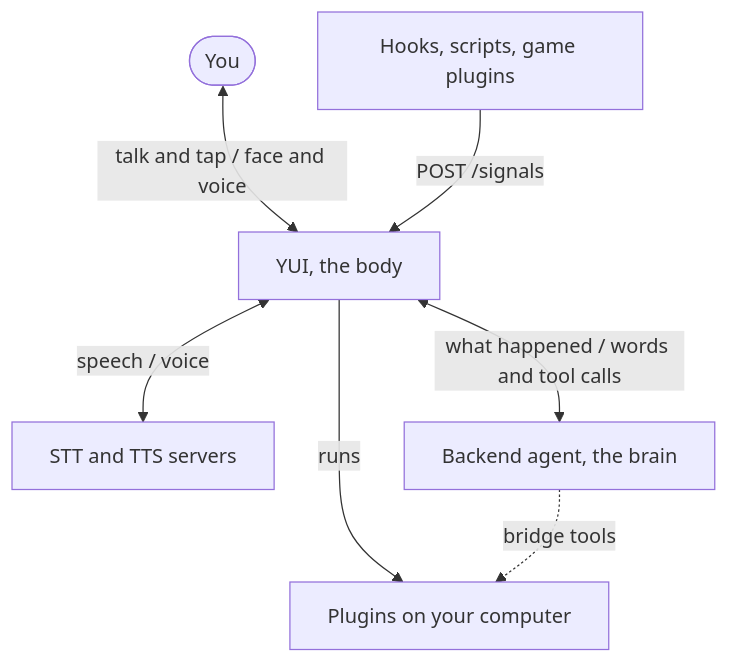
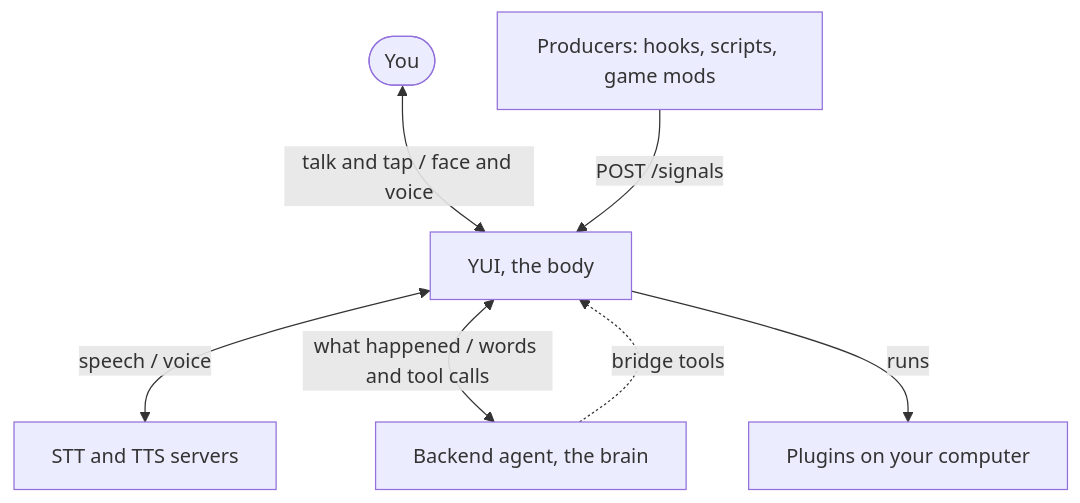
Before and after one commit to yw0nam/YUI: the first of 2 diagrams in docs/guide/how-it-works.md, drawn with Mermaid.

Commit message:
docs: How YUI works names producers, and bridge tools reach the plugins through YUI

````diff
--- a/docs/guide/how-it-works.md
+++ b/docs/guide/how-it-works.md
@@ -5,16 +5,16 @@
 ```mermaid
 flowchart TB
   you(["You"])
-  senders["Hooks, scripts, game plugins"]
+  producers["Producers: hooks, scripts, game mods"]
   yui["YUI, the body"]
   voice["STT and TTS servers"]
   brain["Backend agent, the brain"]
   plugins["Plugins on your computer"]
 
   you <-->|"talk and tap / face and voice"| yui
-  senders -->|"POST /signals"| yui
+  producers -->|"POST /signals"| yui
   yui <-->|"speech / voice"| voice
   yui <-->|"what happened / words and tool calls"| brain
   yui -->|"runs"| plugins
-  brain -.->|"bridge tools"| plugins
+  brain -.->|"bridge tools"| yui
 ```
````
